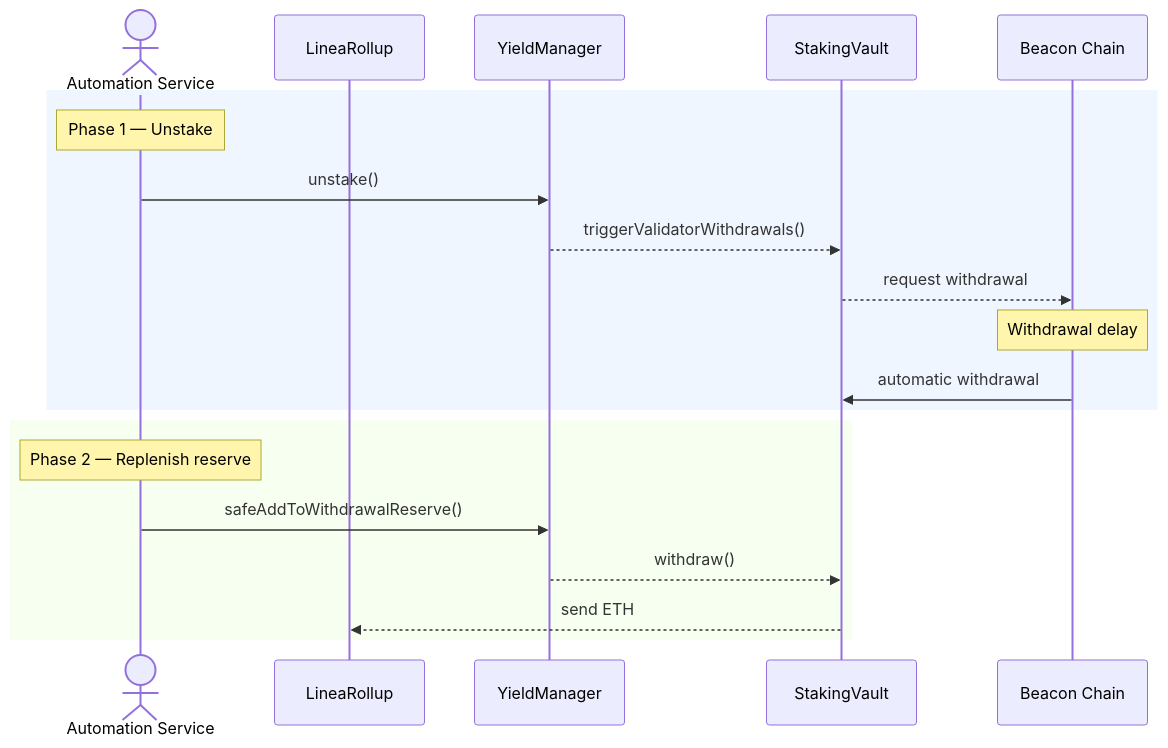
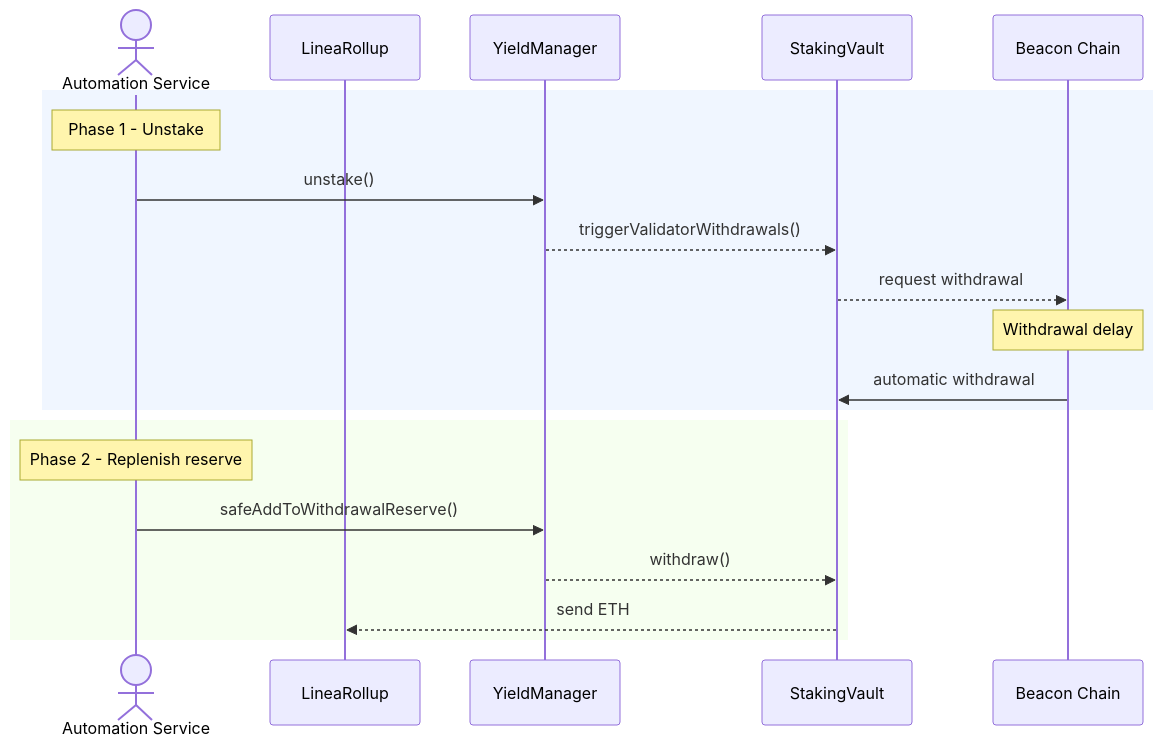
One commit to Consensys/linea-monorepo changed the fifth of 8 diagrams in docs/yield-boost-fund-flow.md. Above: the diagram before and after it, drawn with Mermaid. The commit also changed other lines of this file, not shown here.

````diff
--- a/docs/yield-boost-fund-flow.md
+++ b/docs/yield-boost-fund-flow.md
@@ -147,24 +147,24 @@
 ```mermaid
 sequenceDiagram
     actor Auto as Automation Service
     participant LR as LineaRollup
     participant YM as YieldManager
     participant SV as StakingVault
     participant BC as Beacon Chain
 
     rect rgba(230, 240, 255, 0.6)
-        Note over Auto: Phase 1 — Unstake
+        Note over Auto: Phase 1 - Unstake
         Auto->>YM: unstake()
         YM-->>SV: triggerValidatorWithdrawals()
         SV-->>BC: request withdrawal
         Note over BC: Withdrawal delay
         BC->>SV: automatic withdrawal
     end
 
     rect rgba(240, 255, 230, 0.6)
-        Note over Auto: Phase 2 — Replenish reserve
+        Note over Auto: Phase 2 - Replenish reserve
         Auto->>YM: safeAddToWithdrawalReserve()
         YM-->>SV: withdraw()
         SV-->>LR: send ETH
     end
 ```
````
